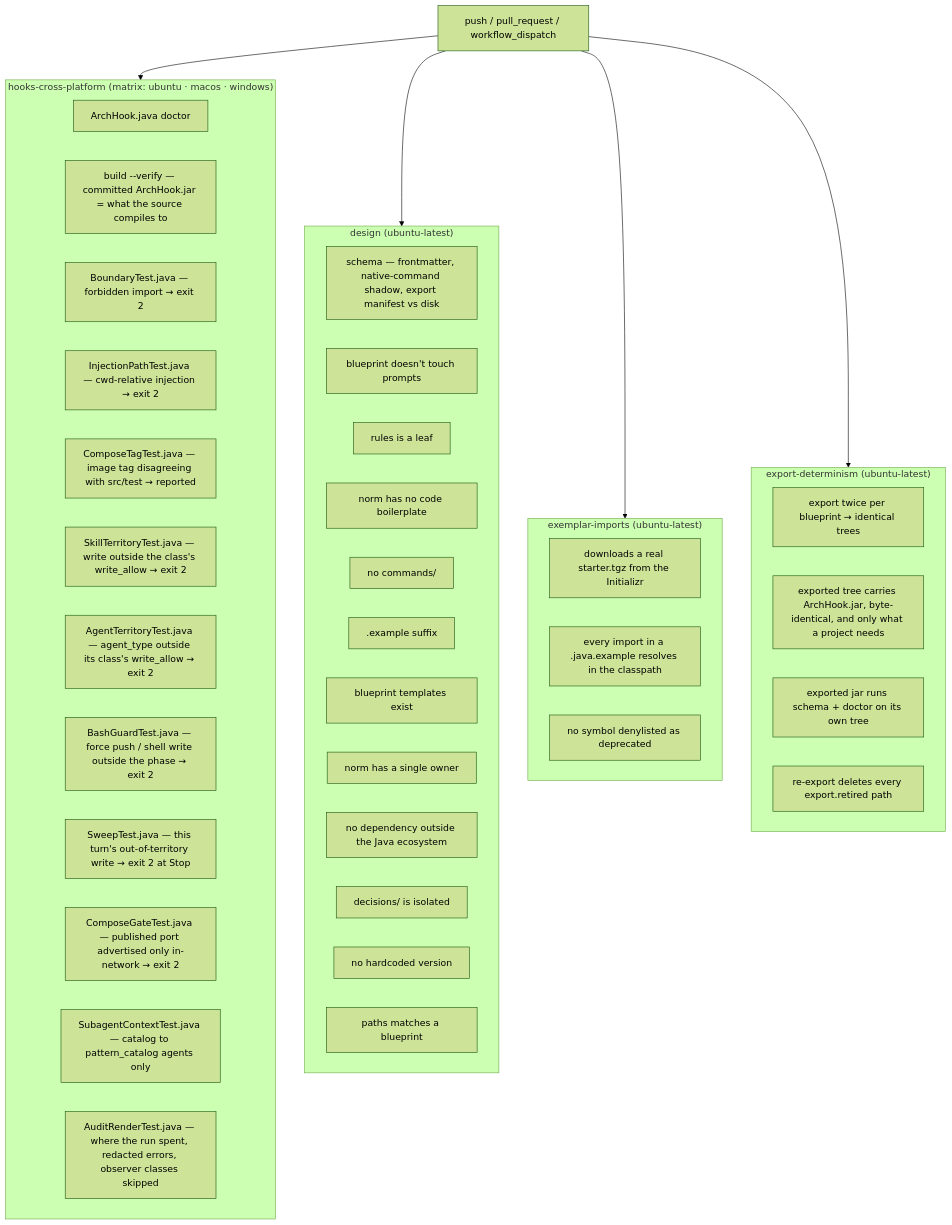
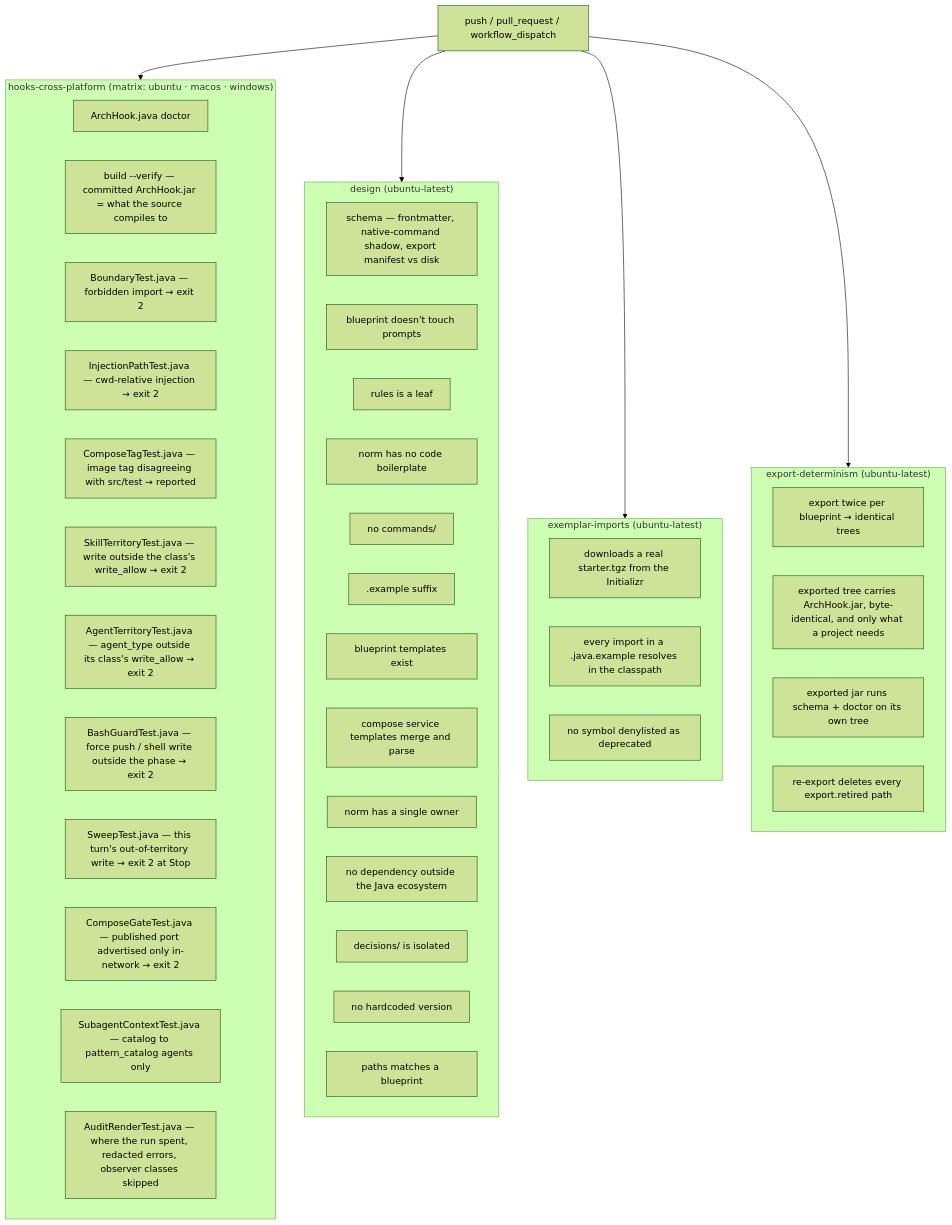
Before and after one commit to ice-lfernandes/claude-spring-architect: the diagram in docs/en/07-ci-validate.md, drawn with Mermaid (forest theme). The commit also changed other lines of this file and 21 other files, not shown here.

````diff
--- a/docs/en/07-ci-validate.md
+++ b/docs/en/07-ci-validate.md
@@ -17,50 +17,51 @@
 ```mermaid
 flowchart TD
     T[push / pull_request / workflow_dispatch] --> J1
     T --> J2
     T --> J3
     T --> J4
 
     subgraph J1["hooks-cross-platform (matrix: ubuntu · macos · windows)"]
         H1[ArchHook.java doctor]
         H0[build --verify — committed ArchHook.jar = what the source compiles to]
         H2[BoundaryTest.java — forbidden import → exit 2]
         H3[InjectionPathTest.java — cwd-relative injection → exit 2]
         H4[ComposeTagTest.java — image tag disagreeing with src/test → reported]
         H5[SkillTerritoryTest.java — write outside the class's write_allow → exit 2]
         H6[AgentTerritoryTest.java — agent_type outside its class's write_allow → exit 2]
         H7[BashGuardTest.java — force push / shell write outside the phase → exit 2]
         H8[SweepTest.java — this turn's out-of-territory write → exit 2 at Stop]
         H9[ComposeGateTest.java — published port advertised only in-network → exit 2]
         H10[SubagentContextTest.java — catalog to pattern_catalog agents only]
         H11[AuditRenderTest.java — where the run spent, redacted errors, observer classes skipped]
     end
 
     subgraph J2["design (ubuntu-latest)"]
         D1[schema — frontmatter, native-command shadow, export manifest vs disk]
         D4[blueprint doesn't touch prompts]
         D5[rules is a leaf]
         D6[norm has no code boilerplate]
         D7[no commands/]
         D8[.example suffix]
         D9[blueprint templates exist]
+        D15[compose service templates merge and parse]
         D10[norm has a single owner]
         D11[no dependency outside the Java ecosystem]
         D12[decisions/ is isolated]
         D13[no hardcoded version]
         D14[paths matches a blueprint]
     end
 
     subgraph J3["exemplar-imports (ubuntu-latest)"]
         E1[downloads a real starter.tgz from the Initializr]
         E2[every import in a .java.example resolves in the classpath]
         E3[no symbol denylisted as deprecated]
     end
 
     subgraph J4["export-determinism (ubuntu-latest)"]
         X1[export twice per blueprint → identical trees]
         X2[exported tree carries ArchHook.jar, byte-identical, and only what a project needs]
         X3[exported jar runs schema + doctor on its own tree]
         X4[re-export deletes every export.retired path]
     end
 ```
````
